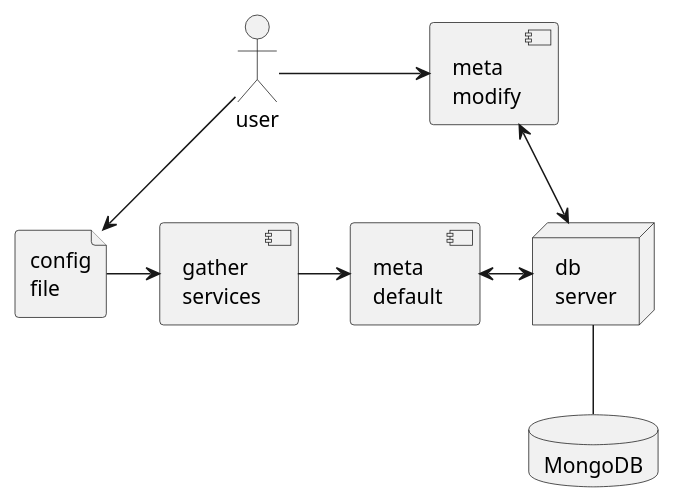
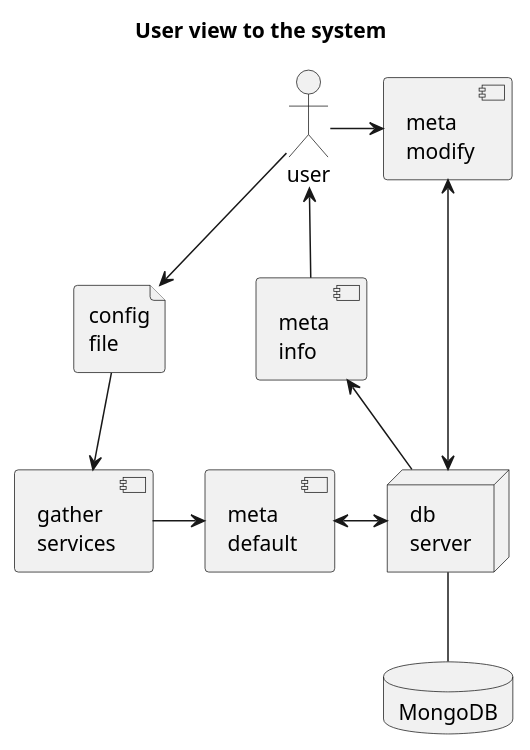
Before and after one commit to MARTIMM/Library: the first of 4 diagrams in doc/requirements.md, drawn with PlantUML. The commit also changed other lines of this file, not shown here.

````diff
--- a/doc/requirements.md
+++ b/doc/requirements.md
@@ -46,26 +46,30 @@
 ```plantuml
 
-'title User view to the system
+title User view to the system
 
 actor user
 
 file cfg as "config\nfile"
 
 component gather as "gather\nservices"
 component dmeta as "meta\ndefault"
 component mmeta as "meta\nmodify"
+component imeta as "meta\ninfo"
 
 database mdb as "MongoDB"
 node mdbs as "db\nserver"
 mdbs -- mdb
 
 
 user --> cfg
 user -> mmeta
 
 cfg -> gather
 gather -> dmeta
 mmeta <--> mdbs
 dmeta <-> mdbs
 
+imeta <-- mdbs
+user <-- imeta
+
 ```
````
